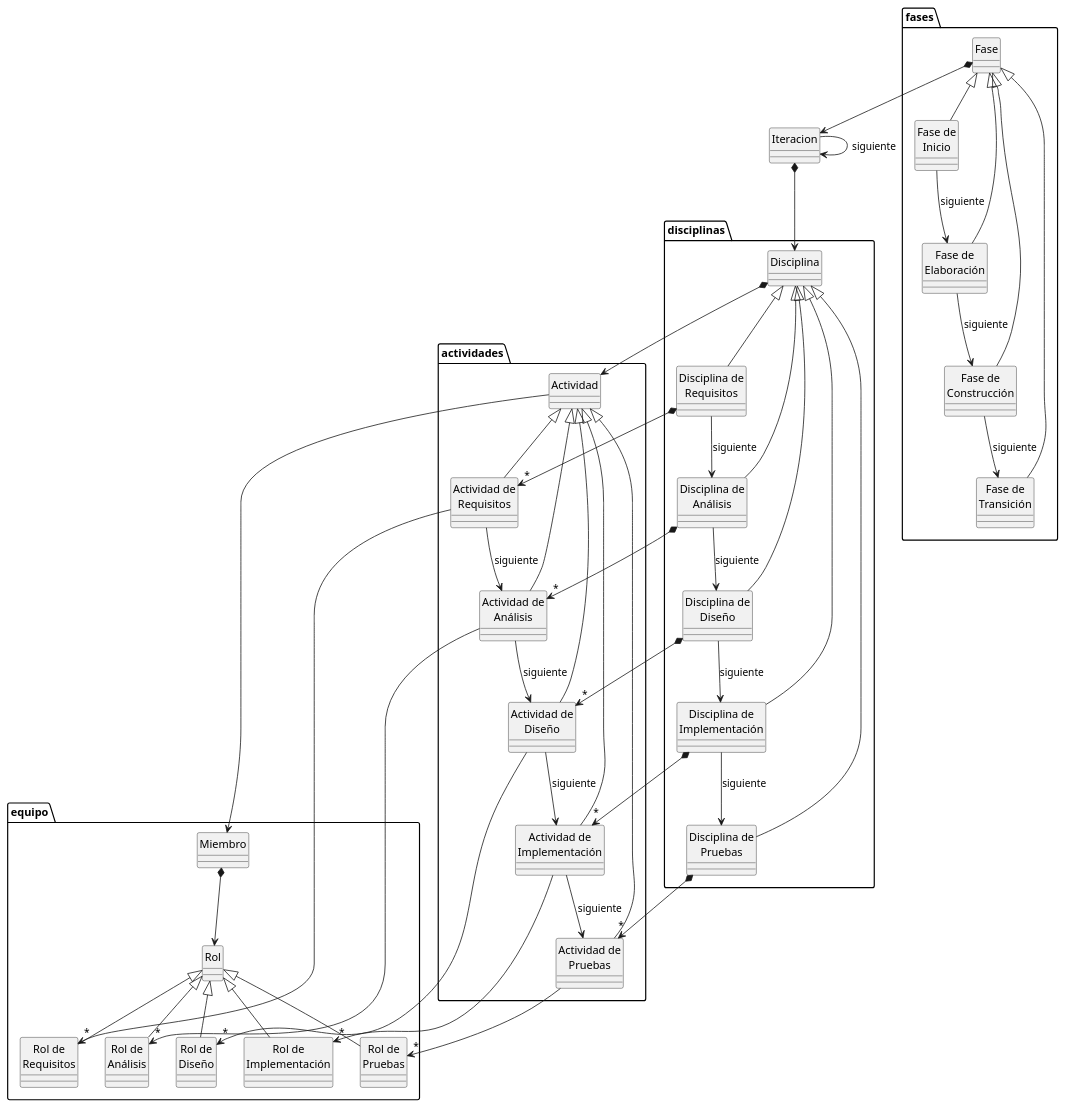
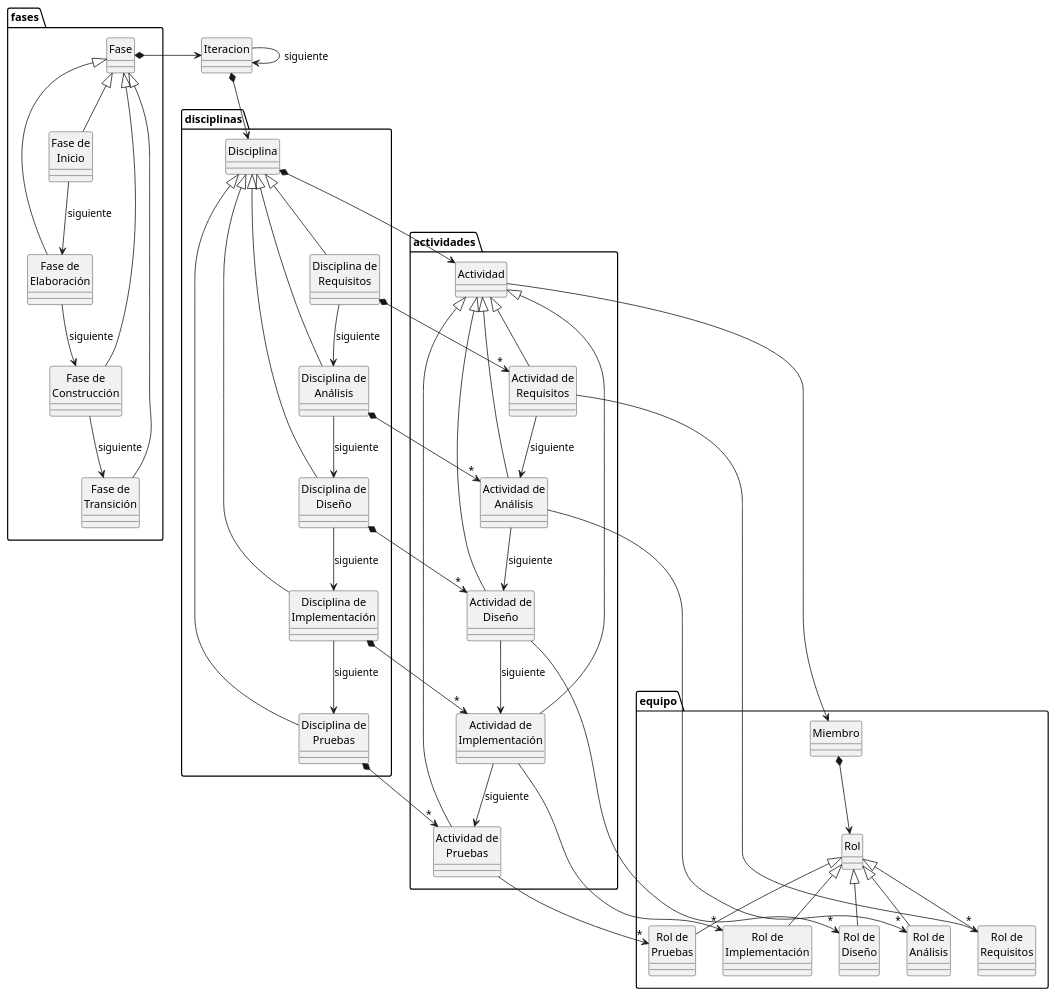
One commit to mmasias/IdSw1 changed the diagram in modelosUML/RUPiteraciones.puml. Above: the diagram before and after it, drawn with PlantUML. The commit also changed 3 other files, not shown here.

```diff
--- a/modelosUML/RUPiteraciones.puml
+++ b/modelosUML/RUPiteraciones.puml
@@ -1,94 +1,94 @@
 ' Autor: Prof. Luis Fernandez
 
 hide circle
 hide stereotype
 
 package fases {
 class Fase
 class Inicio as "Fase de\nInicio"
 class Elaboracion as "Fase de\nElaboración"
 class Construccion as "Fase de\nConstrucción"
 class Transicion as "Fase de\nTransición"
 }
 
 class Iteracion
 
 package disciplinas {
 class Disciplina
 class DisciplinaRequisitos as "Disciplina de\nRequisitos"
 class DisciplinaAnalisis as "Disciplina de\nAnálisis"
 class DisciplinaDiseño as "Disciplina de\nDiseño"
 class DisciplinaImplementacion as "Disciplina de\nImplementación"
 class DisciplinaPruebas as "Disciplina de\nPruebas"
 }
 
 package actividades {
 class Actividad
 class ActividadRequisitos as "Actividad de\nRequisitos"
 class ActividadAnalisis as "Actividad de\nAnálisis"
 class ActividadDiseño as "Actividad de\nDiseño"
 class ActividadImplementacion as "Actividad de\nImplementación"
 class ActividadPruebas as "Actividad de\nPruebas"
 }
 
 package equipo {
 class Miembro
 class Rol
 class RolRequisitos as "Rol de\nRequisitos"
 class RolAnalisis as "Rol de\nAnálisis"
 class RolDiseño as "Rol de\nDiseño"
 class RolImplementacion as "Rol de\nImplementación"
 class RolPruebas as "Rol de\nPruebas"
 }
 
-Fase *--> Iteracion
+Fase *-r-> Iteracion
 Fase <|-- Inicio
 Inicio --> Elaboracion : siguiente
 Fase <|-- Elaboracion
 Elaboracion  --> Construccion :siguiente
 Fase <|-- Construccion
 Construccion  -->  Transicion :siguiente
 Fase <|-- Transicion
 
 Iteracion *--> Disciplina
 Iteracion --> Iteracion :siguiente
 
 Disciplina *--> Actividad
 Disciplina <|-- DisciplinaRequisitos
 DisciplinaRequisitos *--> "*" ActividadRequisitos
 DisciplinaRequisitos --> DisciplinaAnalisis :siguiente
 Disciplina <|-- DisciplinaAnalisis
 DisciplinaAnalisis *--> "*" ActividadAnalisis
 DisciplinaAnalisis --> DisciplinaDiseño :siguiente
 Disciplina <|-- DisciplinaDiseño
 DisciplinaDiseño *--> "*" ActividadDiseño
 DisciplinaDiseño --> DisciplinaImplementacion :siguiente
 Disciplina <|-- DisciplinaImplementacion
 DisciplinaImplementacion *--> "*" ActividadImplementacion
 DisciplinaImplementacion --> DisciplinaPruebas :siguiente
 Disciplina <|-- DisciplinaPruebas
 DisciplinaPruebas *--> "*" ActividadPruebas
 
 Actividad <|-- ActividadRequisitos
 ActividadRequisitos --> ActividadAnalisis :siguiente
 Actividad <|-- ActividadAnalisis
 ActividadAnalisis --> ActividadDiseño :siguiente
 Actividad <|-- ActividadDiseño
 ActividadDiseño --> ActividadImplementacion :siguiente
 Actividad <|-- ActividadImplementacion
 ActividadImplementacion --> ActividadPruebas :siguiente
 Actividad <|-- ActividadPruebas
 
 Actividad --> Miembro
 Miembro *--> Rol
 Rol <|-- RolRequisitos
 Rol <|-- RolAnalisis
 Rol <|-- RolDiseño
 Rol <|-- RolImplementacion
 Rol <|-- RolPruebas
 
 ActividadRequisitos --> "*" RolRequisitos
 ActividadAnalisis --> "*" RolAnalisis
 ActividadDiseño --> "*" RolDiseño
 ActividadImplementacion --> "*" RolImplementacion
 ActividadPruebas --> "*" RolPruebas
```
